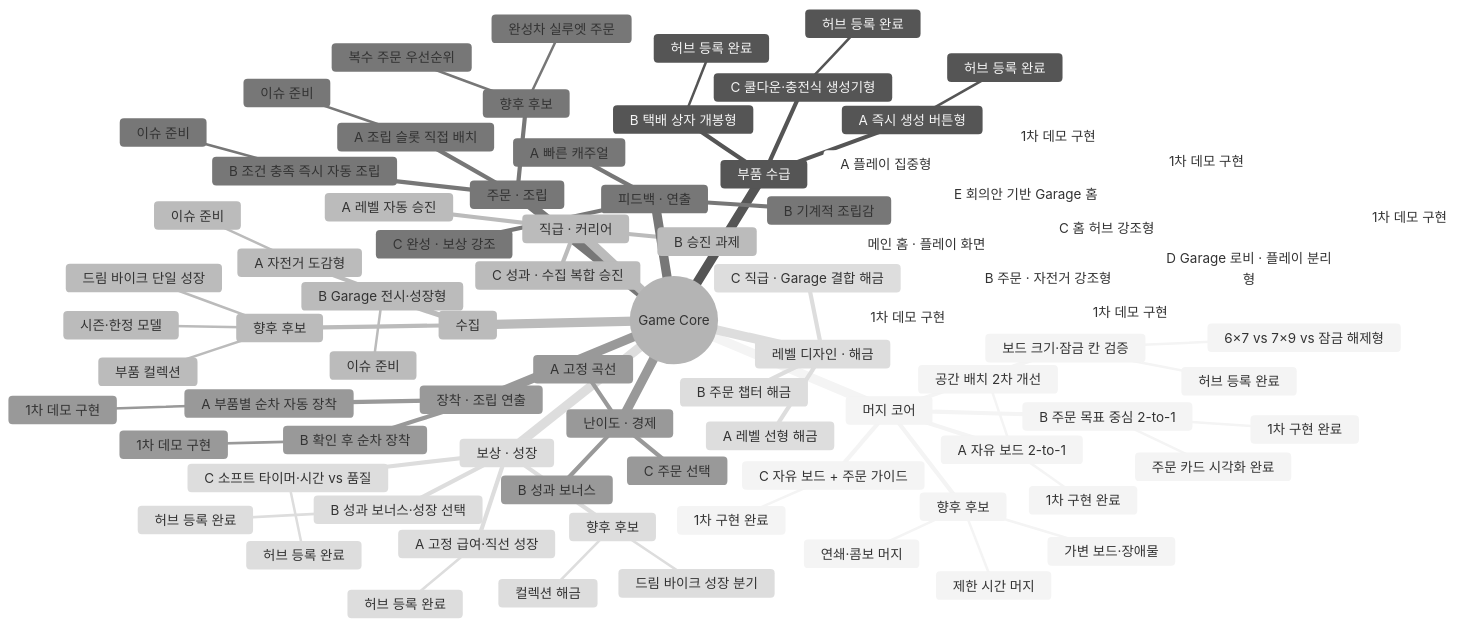
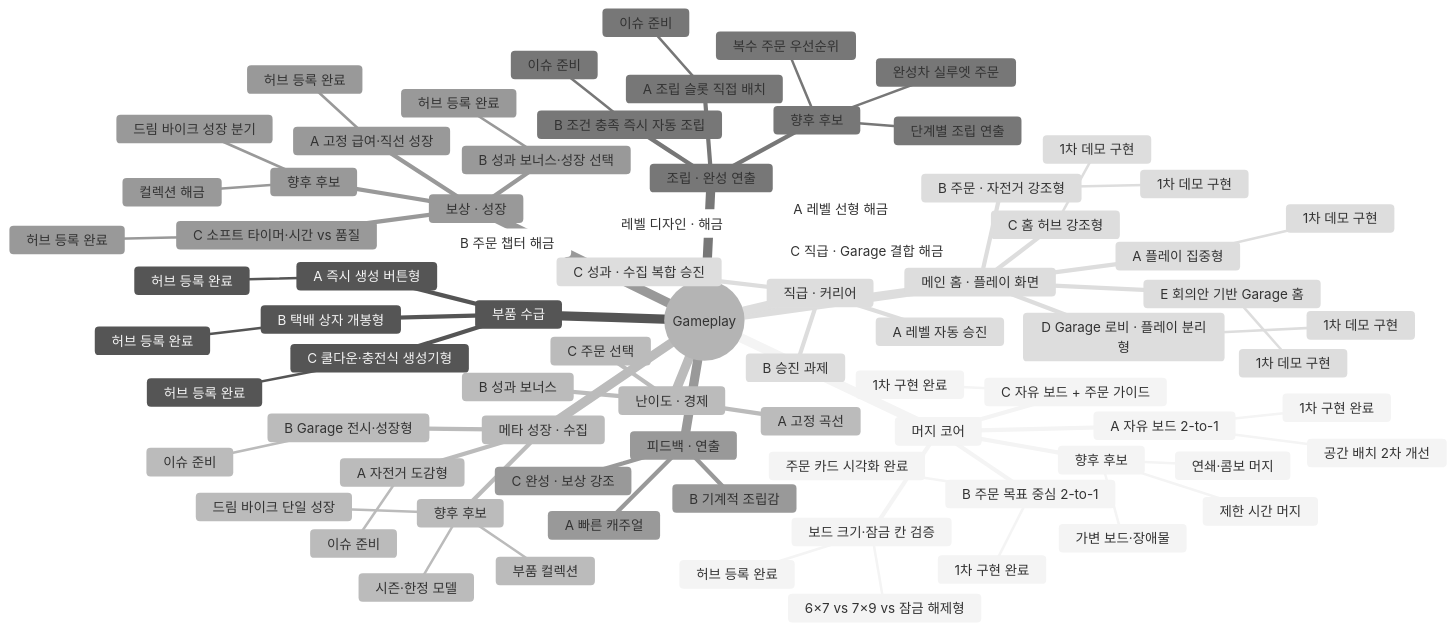
One commit to aigemro/dream-bike-garage-lab changed the second of 5 diagrams in docs/LAB_PROTOTYPE_MAP.md. Above: the diagram before and after it, drawn with Mermaid (neutral theme). The commit also changed other lines of this file, not shown here.

````diff
--- a/docs/LAB_PROTOTYPE_MAP.md
+++ b/docs/LAB_PROTOTYPE_MAP.md
@@ -52,6 +59,6 @@
 ```mermaid
 mindmap
-  root((Game Core))
+  root((Gameplay))
     머지 코어
       A 자유 보드 2-to-1
         1차 구현 완료
@@ -75,7 +82,7 @@
         허브 등록 완료
       C 쿨다운·충전식 생성기형
         허브 등록 완료
-    수집
+    메타 성장 · 수집
       A 자전거 도감형
         이슈 준비
       B Garage 전시·성장형
@@ -84,19 +91,15 @@
         드림 바이크 단일 성장
         부품 컬렉션
         시즌·한정 모델
-    주문 · 조립
+    조립 · 완성 연출
       A 조립 슬롯 직접 배치
         이슈 준비
       B 조건 충족 즉시 자동 조립
         이슈 준비
       향후 후보
+        단계별 조립 연출
         완성차 실루엣 주문
         복수 주문 우선순위
-    장착 · 조립 연출
-      A 부품별 순차 자동 장착
-        1차 데모 구현
-      B 확인 후 순차 장착
-        1차 데모 구현
     보상 · 성장
       A 고정 급여·직선 성장
         허브 등록 완료
````
